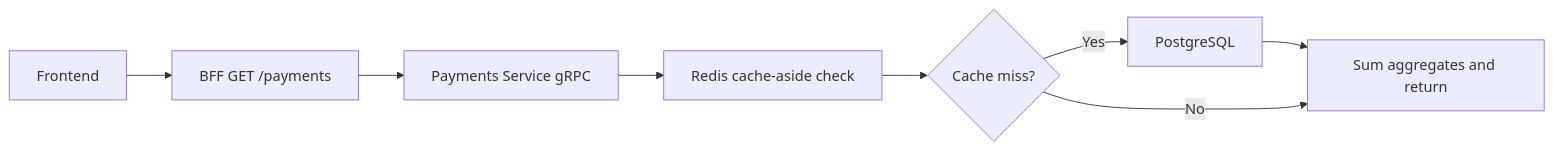
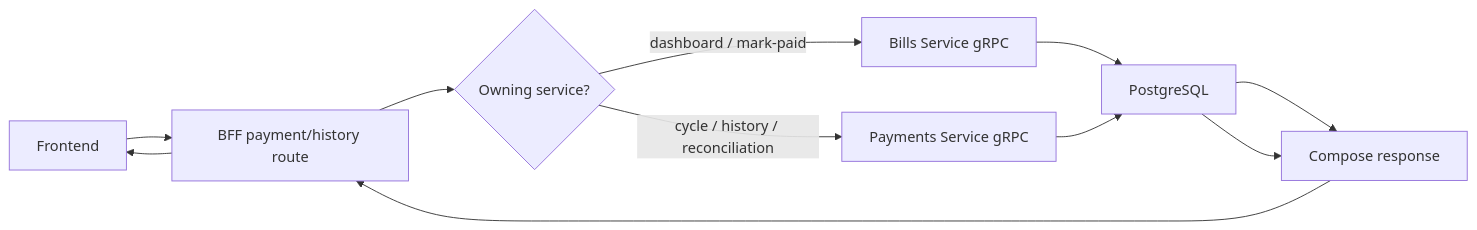
The third of 4 diagrams in .specify/memory/architecture-diagram.md (ralvescosta/costa-financial-assistant), drawn with Mermaid before and after one commit. The commit also changed other lines of this file and 118 other files, not shown here.

````diff
--- a/.specify/memory/architecture-diagram.md
+++ b/.specify/memory/architecture-diagram.md
@@ -130,14 +130,15 @@
 ```mermaid
 flowchart LR
         FE[Frontend]
-        BFF[BFF GET /payments]
+        BFF[BFF payment/history route]
+        OWN{Owning service?}
+        BILLS[Bills Service gRPC]
         PAY[Payments Service gRPC]
-        R[Redis cache-aside check]
-        MISS{Cache miss?}
         PG[PostgreSQL]
-        AGG[Sum aggregates and return]
+        RESP[Compose response]
 
-        FE --> BFF --> PAY --> R --> MISS
-        MISS -->|Yes| PG --> AGG
-        MISS -->|No| AGG
+        FE --> BFF --> OWN
+        OWN -->|dashboard / mark-paid| BILLS --> PG --> RESP
+        OWN -->|cycle / history / reconciliation| PAY --> PG --> RESP
+        RESP --> BFF --> FE
 ```
````
